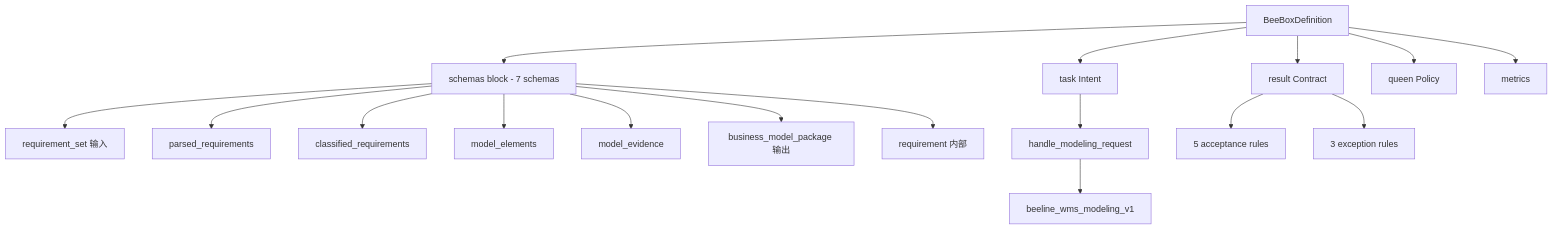
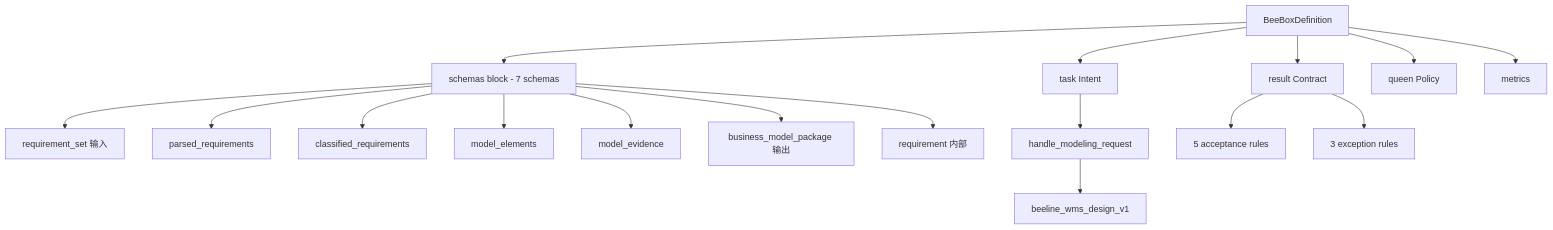
One commit to chehuizi/beeOS changed the diagram in boxes/modeling/README.md. Above: the diagram before and after it, drawn with Mermaid. The commit also changed other lines of this file and 50 other files, not shown here.

````diff
--- a/boxes/modeling/README.md
+++ b/boxes/modeling/README.md
@@ -25,23 +25,23 @@
 ```mermaid
 flowchart TB
     Def[BeeBoxDefinition]
     Def --> Schemas[schemas block - 7 schemas]
     Def --> Task[task Intent]
     Def --> Result[result Contract]
     Def --> Queen[queen Policy]
     Def --> Metrics[metrics]
 
     Schemas --> S1[requirement_set 输入]
     Schemas --> S2[parsed_requirements]
     Schemas --> S3[classified_requirements]
     Schemas --> S4[model_elements]
     Schemas --> S5[model_evidence]
     Schemas --> S6[business_model_package 输出]
     Schemas --> S7[requirement 内部]
 
     Task --> T1[handle_modeling_request]
-    T1 --> BL[beeline_wms_modeling_v1]
+    T1 --> BL[beeline_wms_design_v1]
 
     Result --> R1[5 acceptance rules]
     Result --> R2[3 exception rules]
 ```
````
